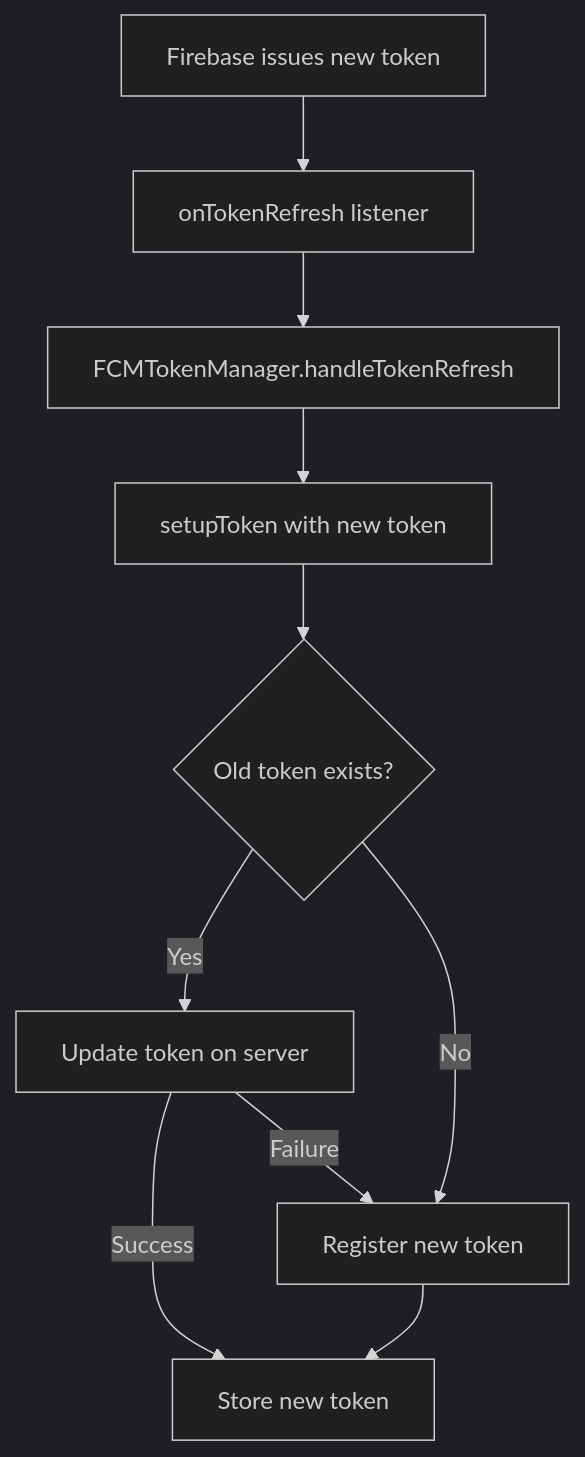
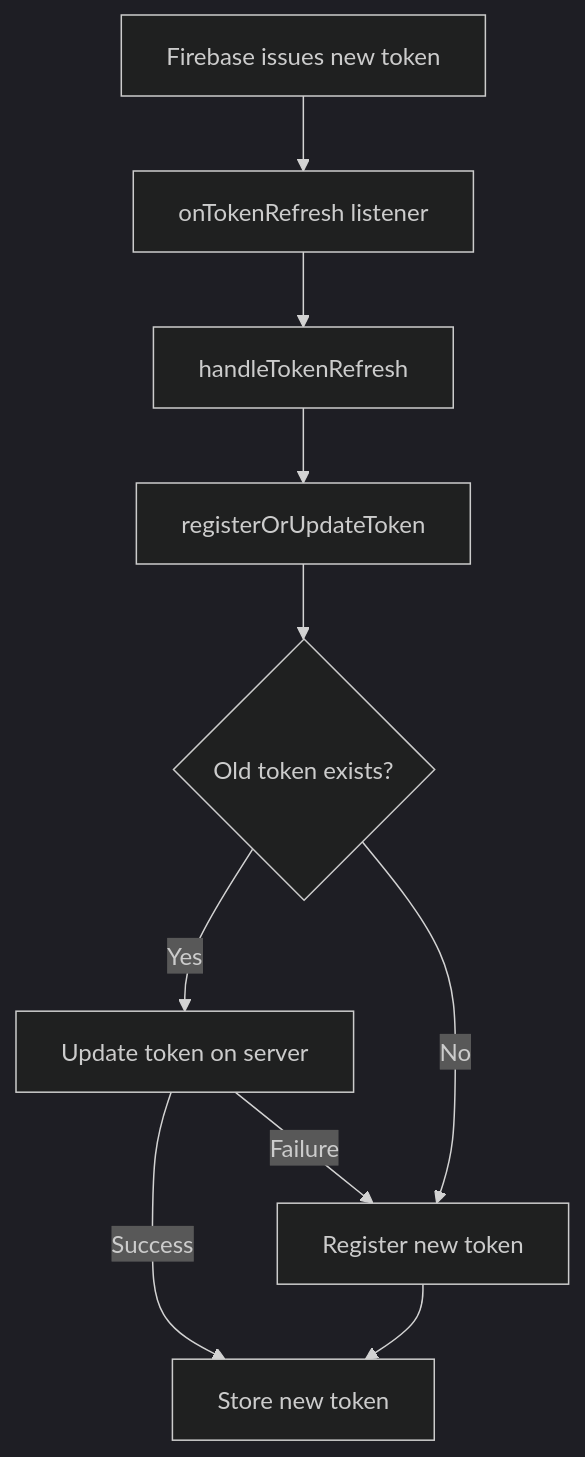
One commit to codasite/bmb-rails changed the second of 4 diagrams in bmb_mobile/notifications_plan.md. Above: the diagram before and after it, drawn with Mermaid (dark theme). The commit also changed other lines of this file and 3 other files, not shown here.

````diff
--- a/bmb_mobile/notifications_plan.md
+++ b/bmb_mobile/notifications_plan.md
@@ -193,12 +195,12 @@
 ```mermaid
 flowchart TD
     A[Firebase issues new token] --> B[onTokenRefresh listener]
-    B --> C[FCMTokenManager.handleTokenRefresh]
-    C --> D[setupToken with new token]
+    B --> C[handleTokenRefresh]
+    C --> D[registerOrUpdateToken]
     D --> E{Old token exists?}
     E -->|Yes| F[Update token on server]
     E -->|No| G[Register new token]
     F -->|Success| H[Store new token]
     F -->|Failure| G
     G --> H
 ```
````
